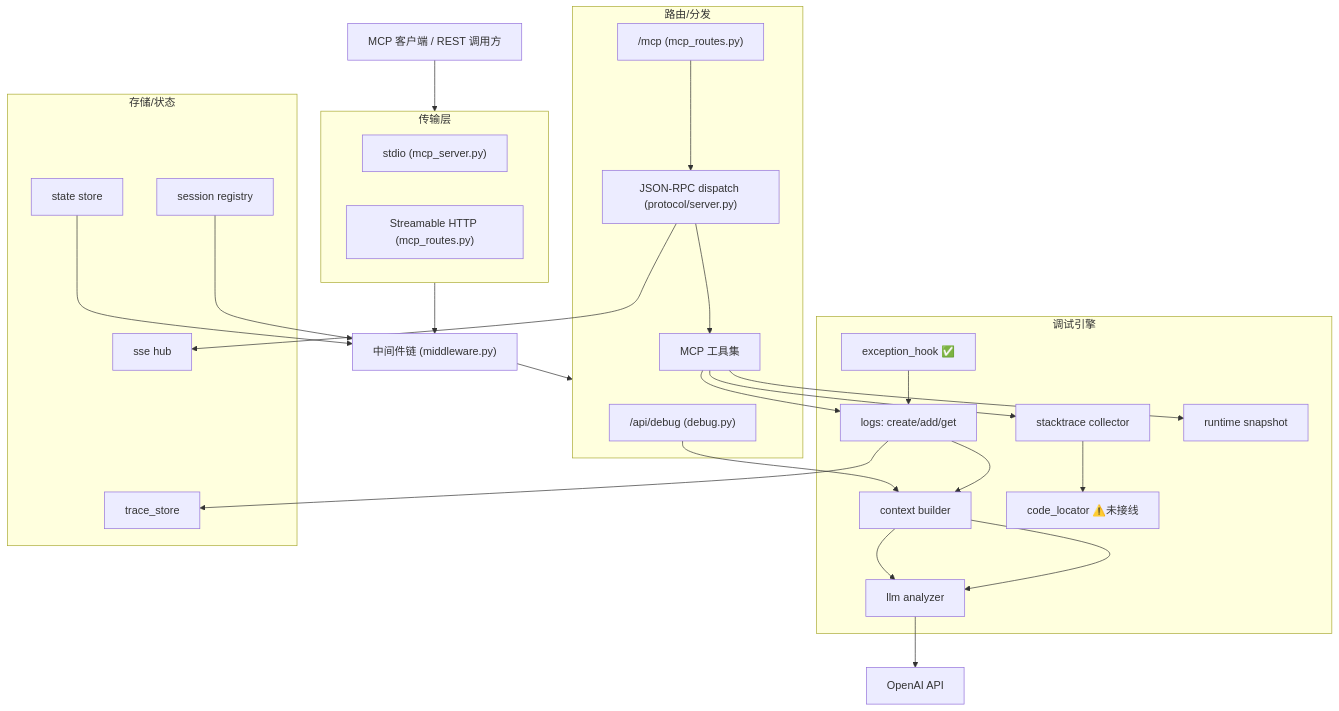
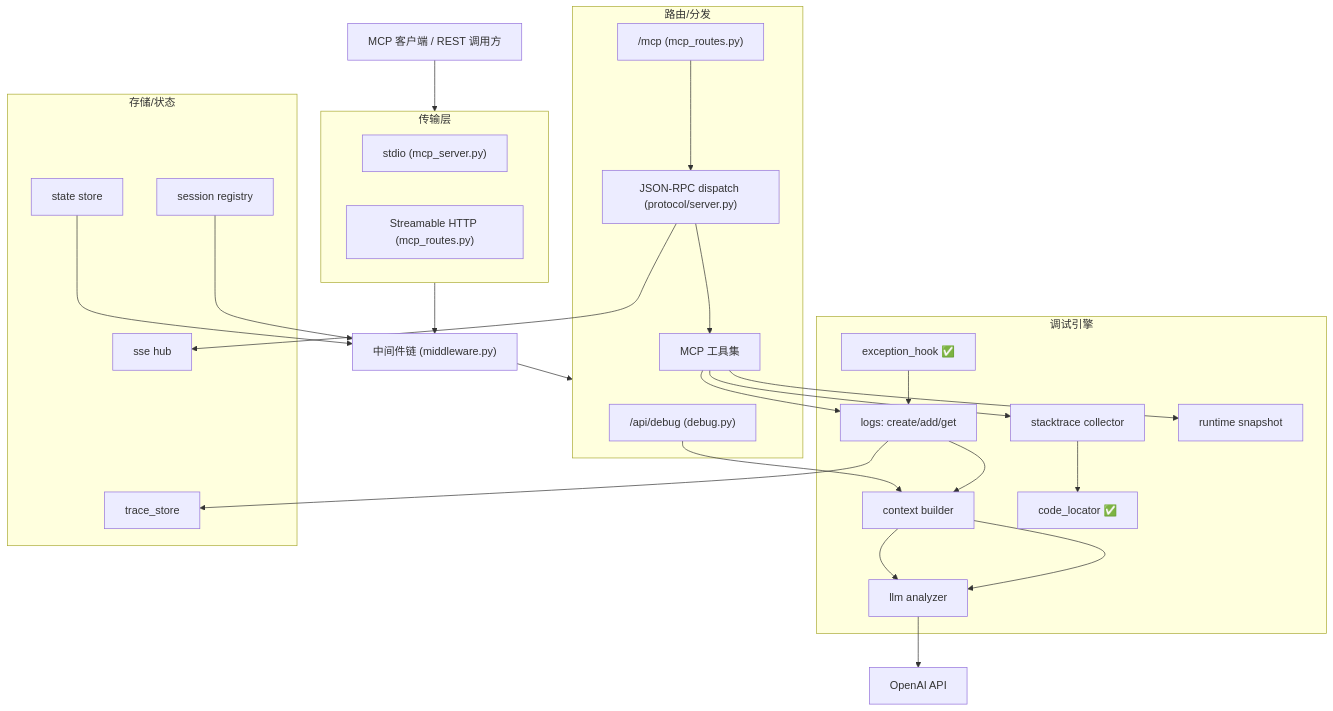
Before and after one commit to Ljj041120/Lujo-MCP: the first of 4 diagrams in DESIGN.md, drawn with Mermaid. The commit also changed other lines of this file and 1 other file, not shown here.

````diff
--- a/DESIGN.md
+++ b/DESIGN.md
@@ -69,45 +69,45 @@
 ```mermaid
 flowchart TB
     Client["MCP 客户端 / REST 调用方"]
     subgraph T["传输层"]
         STDIO["stdio (mcp_server.py)"]
         HTTP["Streamable HTTP (mcp_routes.py)"]
     end
     MW["中间件链 (middleware.py)"]
     subgraph R["路由/分发"]
         DR["/api/debug (debug.py)"]
         MR["/mcp (mcp_routes.py)"]
         DISP["JSON-RPC dispatch (protocol/server.py)"]
         TOOLS["MCP 工具集"]
     end
     subgraph E["调试引擎"]
         LOGS["logs: create/add/get"]
         BUILD["context builder"]
         ST["stacktrace collector"]
-        LOC["code_locator ⚠️未接线"]
+        LOC["code_locator ✅"]
         RT["runtime snapshot"]
         AN["llm analyzer"]
         HOOK["exception_hook ✅"]
     end
     subgraph S["存储/状态"]
         TS["trace_store"]
         REG["session registry"]
         SS["state store"]
         HUB["sse hub"]
     end
     LLM["OpenAI API"]
 
     Client --> T --> MW --> R
     MR --> DISP --> TOOLS
     TOOLS --> LOGS --> BUILD
     TOOLS --> ST --> LOC
     TOOLS --> RT
     DR --> BUILD --> AN
     BUILD --> AN
     HOOK --> LOGS
     LOGS --> TS
     REG --> MW
     SS --> MW
     DISP --> HUB
     AN --> LLM
 ```
````
